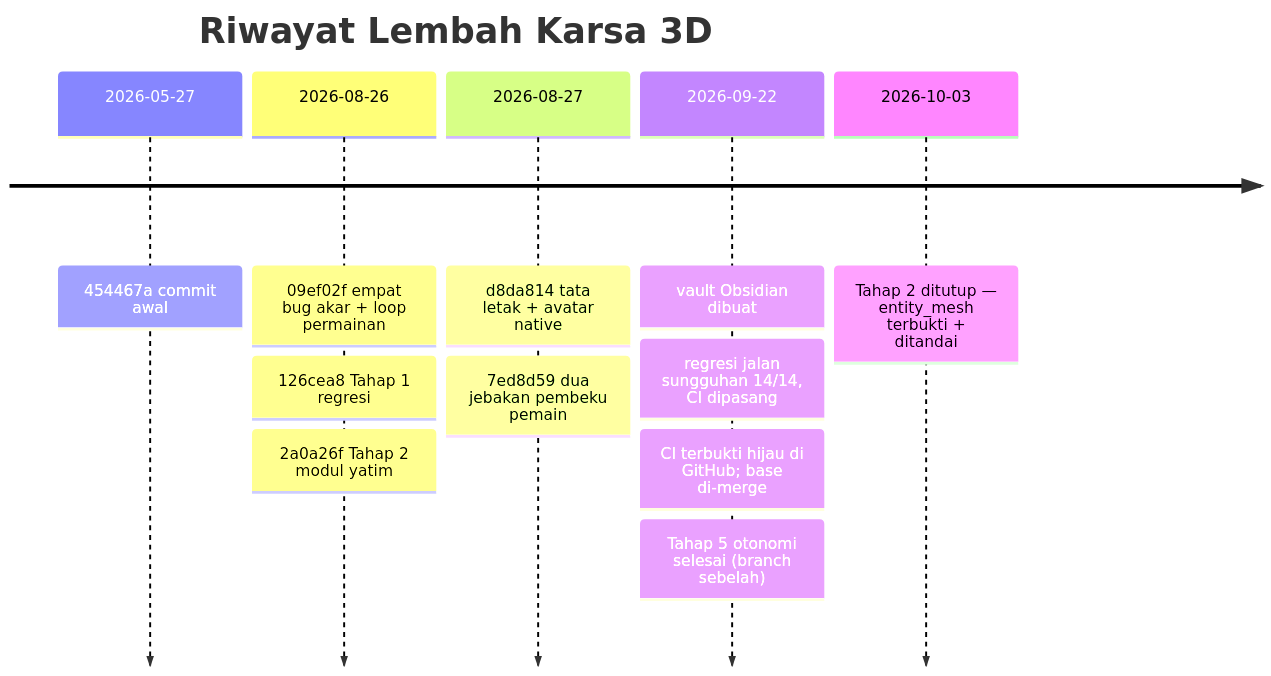
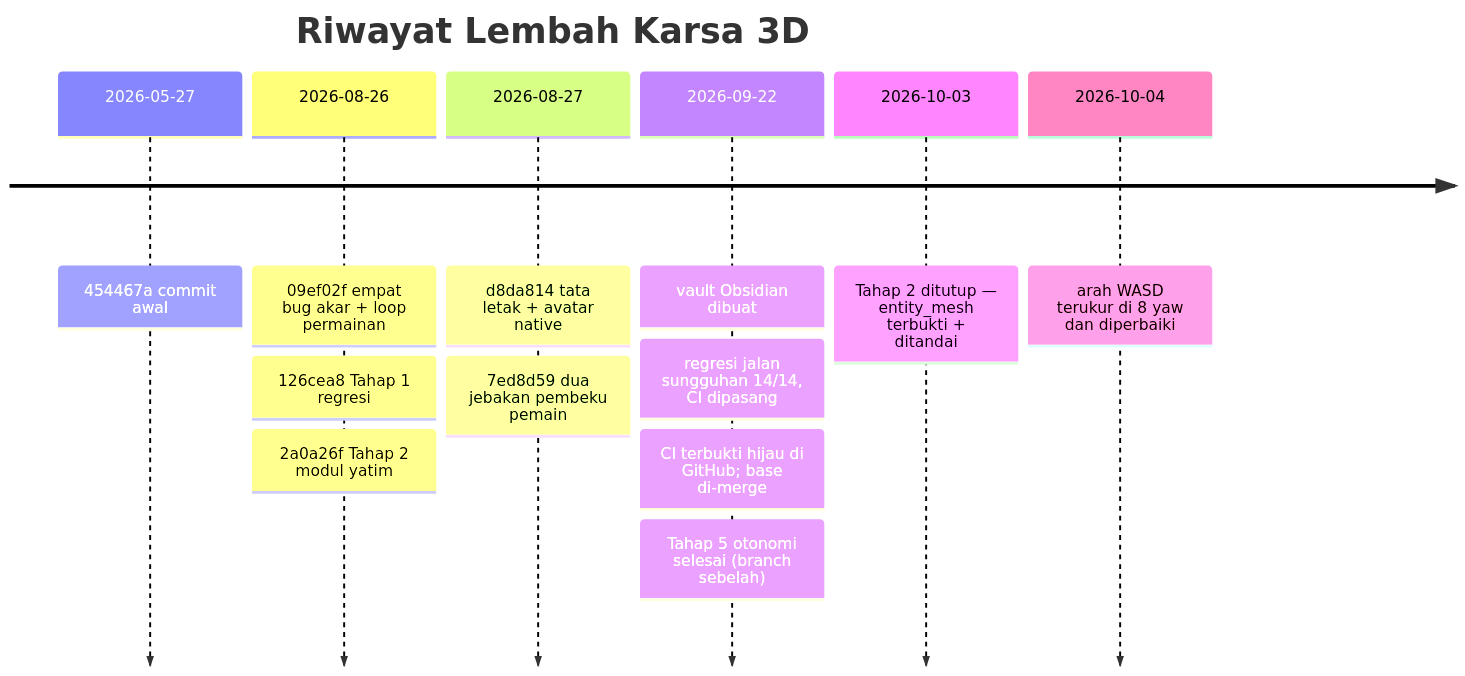
The diagram in obsidian/00-Peta/Peta Progres.md (obdalamfa/karsa-Branch), drawn with Mermaid before and after one commit. The commit also changed 22 other files, not shown here.

First line of the commit message:
Arah WASD: basisnya membaca sumbu yang salah -- diukur di 8 yaw, diperbaiki

````diff
--- a/obsidian/00-Peta/Peta Progres.md
+++ b/obsidian/00-Peta/Peta Progres.md
@@ -32,15 +32,16 @@
 ```mermaid
 timeline
     title Riwayat Lembah Karsa 3D
     2026-05-27 : 454467a commit awal
     2026-08-26 : 09ef02f empat bug akar + loop permainan
                : 126cea8 Tahap 1 regresi
                : 2a0a26f Tahap 2 modul yatim
     2026-08-27 : d8da814 tata letak + avatar native
                : 7ed8d59 dua jebakan pembeku pemain
     2026-09-22 : vault Obsidian dibuat
                : regresi jalan sungguhan 14/14, CI dipasang
                : CI terbukti hijau di GitHub; base di-merge
                : Tahap 5 otonomi selesai (branch sebelah)
     2026-10-03 : Tahap 2 ditutup — entity_mesh terbukti + ditandai
+    2026-10-04 : arah WASD terukur di 8 yaw dan diperbaiki
 ```
````
